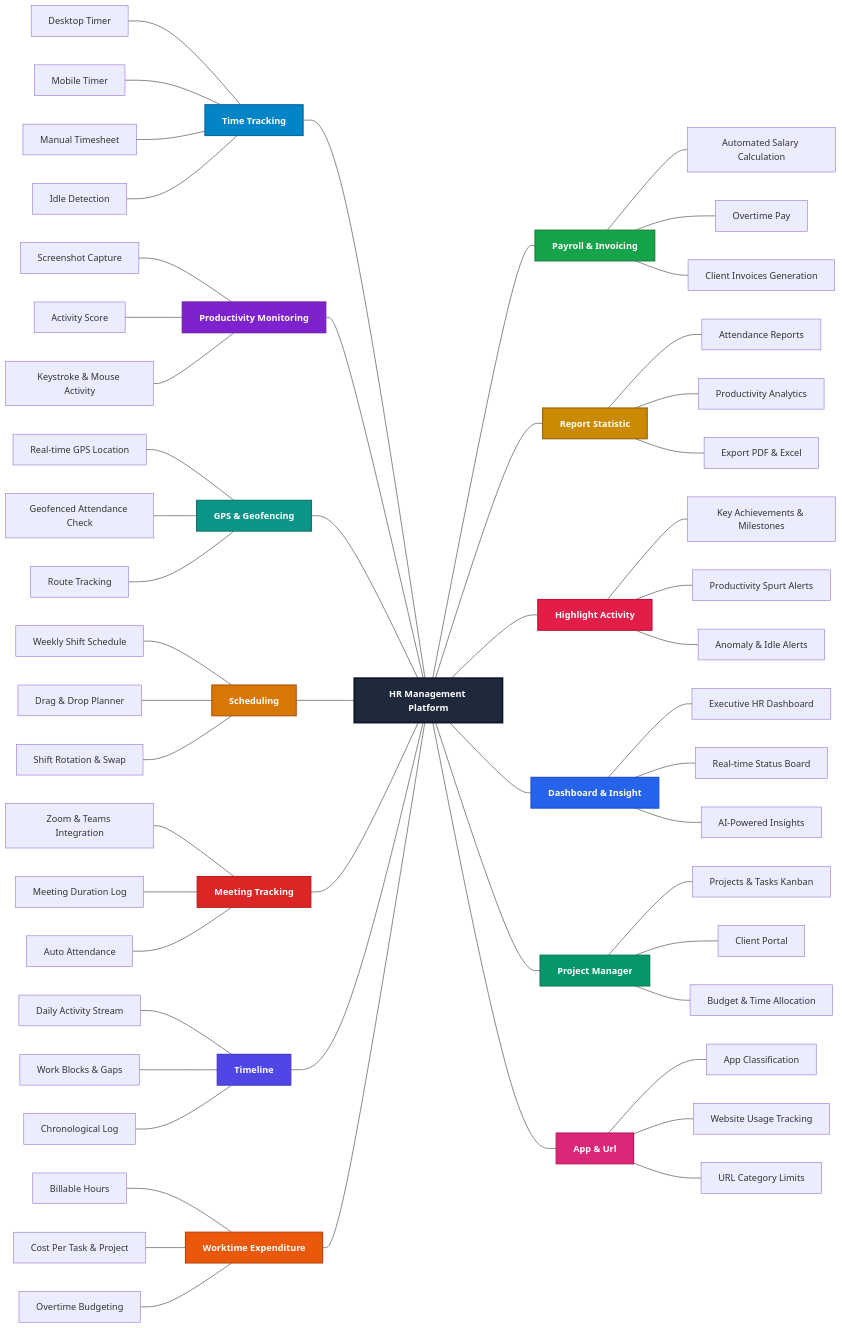
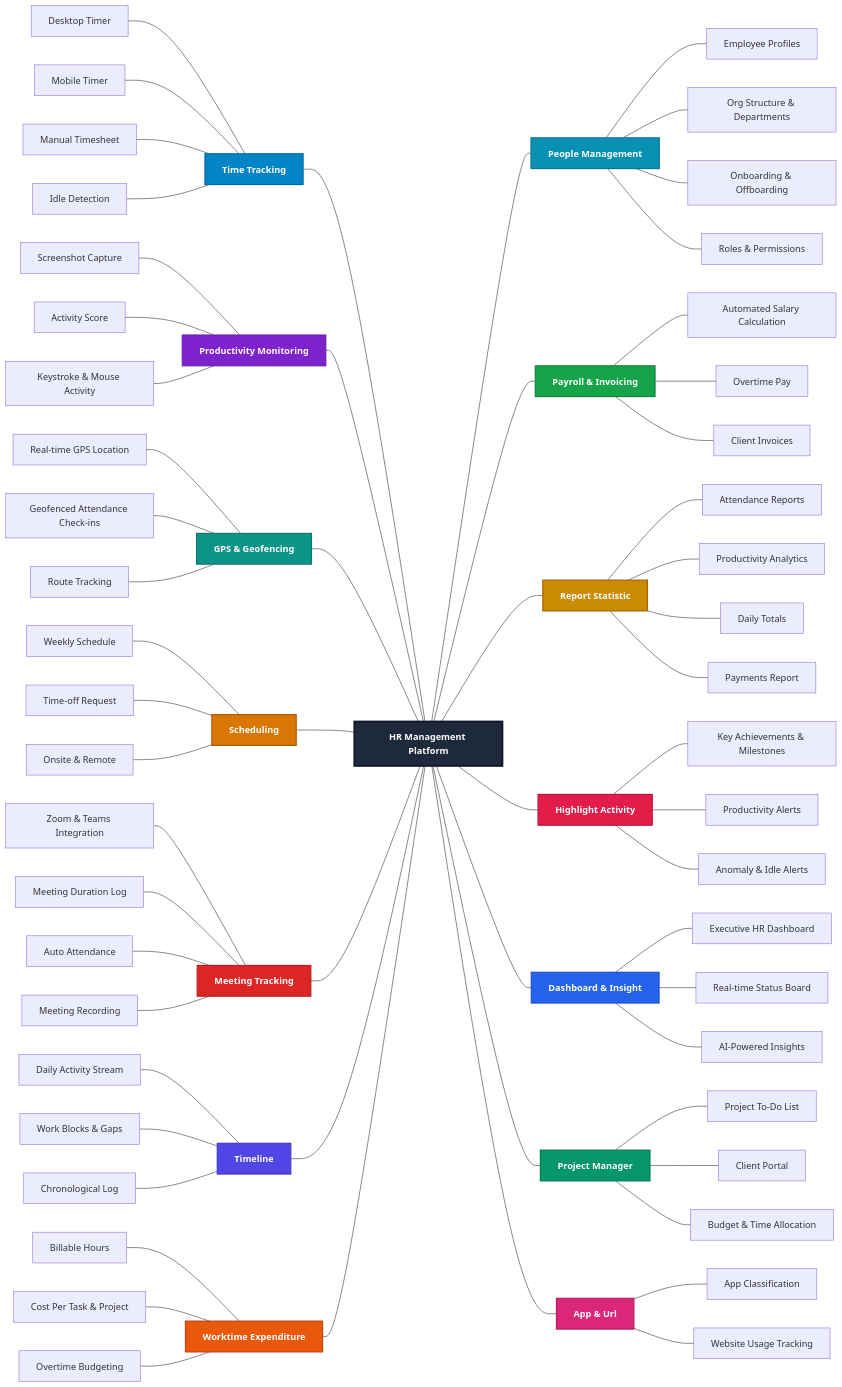
One commit to Dikhang1112/Monitoring_HR changed the diagram in README.md. Above: the diagram before and after it, drawn with Mermaid. The commit also changed other lines of this file and 1 other file, not shown here.

Commit message:
Fix mindmap for hr platform

```diff
--- a/README.md
+++ b/README.md
@@ -15,7 +8,7 @@
     ROOT["HR Management Platform"]
 
     %% =====================================================
-    %% BÊN TRÁI (LEFT SIDE - 7 FEATURES)
+    %% LEFT SIDE (7 FEATURES)
     %% =====================================================
 
     %% 1. Time Tracking
@@ -33,20 +26,21 @@
 
     %% 3. GPS & Geofencing
     GPS1["Real-time GPS Location"] --- GPS["GPS & Geofencing"]
-    GPS2["Geofenced Attendance Check"] --- GPS
+    GPS2["Geofenced Attendance Check-ins"] --- GPS
     GPS3["Route Tracking"] --- GPS
     GPS --- ROOT
 
     %% 4. Scheduling
-    SH1["Weekly Shift Schedule"] --- SCHED["Scheduling"]
-    SH2["Drag & Drop Planner"] --- SCHED
-    SH3["Shift Rotation & Swap"] --- SCHED
+    SH1["Weekly Schedule"] --- SCHED["Scheduling"]
+    SH2["Time-off Request"] --- SCHED
+    SH3["Onsite & Remote"] --- SCHED
     SCHED --- ROOT
 
     %% 5. Meeting Tracking
     MT1["Zoom & Teams Integration"] --- MEET["Meeting Tracking"]
     MT2["Meeting Duration Log"] --- MEET
     MT3["Auto Attendance"] --- MEET
+    MT4["Meeting Recording"] --- MEET
     MEET --- ROOT
 
     %% 6. Timeline
@@ -62,44 +56,51 @@
     EXPEND --- ROOT
 
     %% =====================================================
-    %% BÊN PHẢI (RIGHT SIDE - 6 FEATURES)
+    %% RIGHT SIDE (7 FEATURES)
     %% =====================================================
 
-    %% 8. Payroll & Invoicing
+    %% 8. People Management
+    ROOT --- PPL["People Management"]
+    PPL --- PPL1["Employee Profiles"]
+    PPL --- PPL2["Org Structure & Departments"]
+    PPL --- PPL3["Onboarding & Offboarding"]
+    PPL --- PPL4["Roles & Permissions"]
+
+    %% 9. Payroll & Invoicing
     ROOT --- PAY["Payroll & Invoicing"]
     PAY --- PY1["Automated Salary Calculation"]
     PAY --- PY2["Overtime Pay"]
-    PAY --- PY3["Client Invoices Generation"]
+    PAY --- PY3["Client Invoices"]
 
-    %% 9. Report Statistic
+    %% 10. Report Statistic
     ROOT --- REPORTS["Report Statistic"]
     REPORTS --- RP1["Attendance Reports"]
     REPORTS --- RP2["Productivity Analytics"]
-    REPORTS --- RP3["Export PDF & Excel"]
+    REPORTS --- RP3["Daily Totals"]
+    REPORTS --- RP4["Payments Report"]
 
-    %% 10. Highlight Activity
+    %% 11. Highlight Activity
     ROOT --- HIGHLIGHT["Highlight Activity"]
     HIGHLIGHT --- HL1["Key Achievements & Milestones"]
-    HIGHLIGHT --- HL2["Productivity Spurt Alerts"]
+    HIGHLIGHT --- HL2["Productivity Alerts"]
     HIGHLIGHT --- HL3["Anomaly & Idle Alerts"]
 
-    %% 11. Dashboard & Insight
+    %% 12. Dashboard & Insight
     ROOT --- DASH["Dashboard & Insight"]
     DASH --- DB1["Executive HR Dashboard"]
     DASH --- DB2["Real-time Status Board"]
     DASH --- DB3["AI-Powered Insights"]
 
-    %% 12. Project Manager
+    %% 13. Project Manager
     ROOT --- PM["Project Manager"]
-    PM --- PJ1["Projects & Tasks Kanban"]
+    PM --- PJ1["Project To-Do List"]
     PM --- PJ2["Client Portal"]
     PM --- PJ3["Budget & Time Allocation"]
 
-    %% 13. App & Url
+    %% 14. App & Url
     ROOT --- APPURL["App & Url"]
     APPURL --- AU1["App Classification"]
     APPURL --- AU2["Website Usage Tracking"]
-    APPURL --- AU3["URL Category Limits"]
 
     %% =====================================================
     %% STYLING (DIFFERENT COLORS FOR EACH MAIN FEATURE)
@@ -112,6 +113,7 @@
     classDef colorMeet fill:#dc2626,stroke:#b91c1c,stroke-width:2px,color:#fff,font-weight:bold
     classDef colorTL fill:#4f46e5,stroke:#4338ca,stroke-width:2px,color:#fff,font-weight:bold
     classDef colorExpend fill:#ea580c,stroke:#c2410c,stroke-width:2px,color:#fff,font-weight:bold
+    classDef colorPpl fill:#0891b2,stroke:#0e7490,stroke-width:2px,color:#fff,font-weight:bold
     classDef colorPay fill:#16a34a,stroke:#15803d,stroke-width:2px,color:#fff,font-weight:bold
     classDef colorReports fill:#ca8a04,stroke:#a16207,stroke-width:2px,color:#fff,font-weight:bold
     classDef colorHighlight fill:#e11d48,stroke:#be123c,stroke-width:2px,color:#fff,font-weight:bold
@@ -127,6 +129,7 @@
     class MEET colorMeet
     class TL colorTL
     class EXPEND colorExpend
+    class PPL colorPpl
     class PAY colorPay
     class REPORTS colorReports
     class HIGHLIGHT colorHighlight
```
